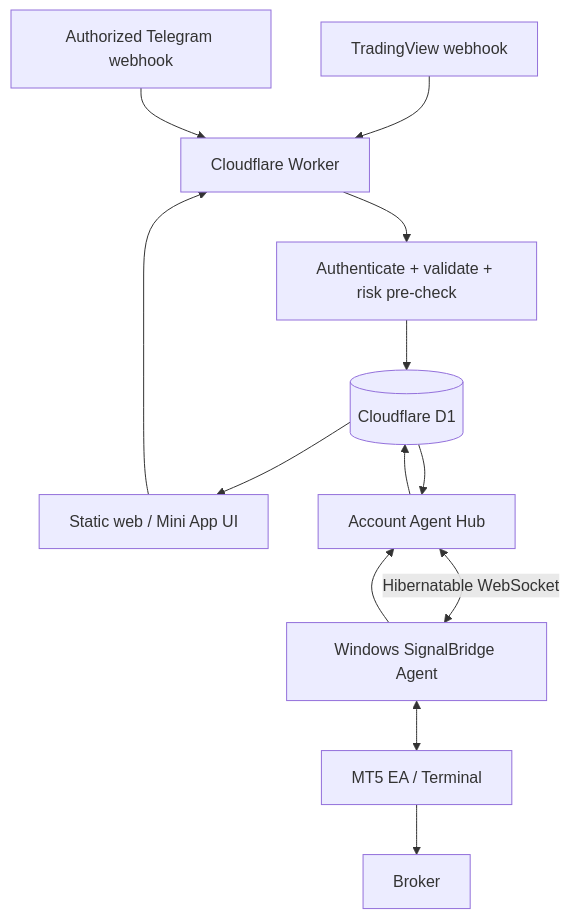
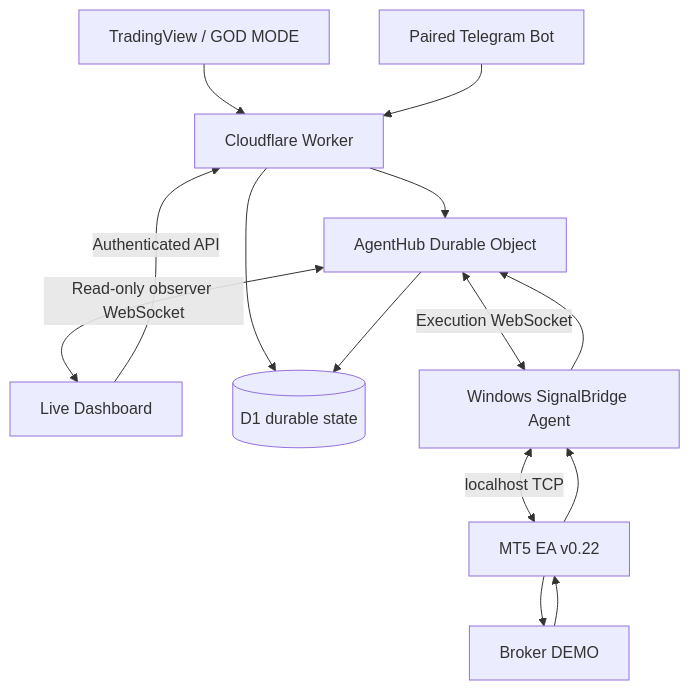
The diagram in docs/ARCHITECTURE.md (drfxai/Signal-Bridge), drawn with Mermaid before and after one commit. The commit also changed other lines of this file, not shown here.

Commit message:
docs: document realtime dashboard and current AgentHub topology

````diff
--- a/docs/ARCHITECTURE.md
+++ b/docs/ARCHITECTURE.md
@@ -21,15 +19,16 @@
 ```mermaid
 flowchart TD
-    TV[TradingView webhook] --> W[Cloudflare Worker]
-    TG[Authorized Telegram webhook] --> W
-    UI[Static web / Mini App UI] --> W
-    W --> AUTH[Authenticate + validate + risk pre-check]
-    AUTH --> DB[(Cloudflare D1)]
-    DB --> HUB[Account Agent Hub]
-    HUB <-->|Hibernatable WebSocket| AG[Windows SignalBridge Agent]
-    AG <--> EA[MT5 EA / Terminal]
-    EA --> BROKER[Broker]
+    TV[TradingView / GOD MODE] --> W[Cloudflare Worker]
+    TG[Paired Telegram Bot] --> W
+    DASH[Live Dashboard] -->|Authenticated API| W
+    W --> DB[(D1 durable state)]
+    W --> HUB[AgentHub Durable Object]
+    HUB <-->|Execution WebSocket| AG[Windows SignalBridge Agent]
+    HUB <-->|Read-only observer WebSocket| DASH
+    AG <-->|localhost TCP| EA[MT5 EA v0.22]
+    EA --> BROKER[Broker DEMO]
+    BROKER --> EA
+    EA --> AG
     AG --> HUB
     HUB --> DB
-    DB --> UI
 ```
````
